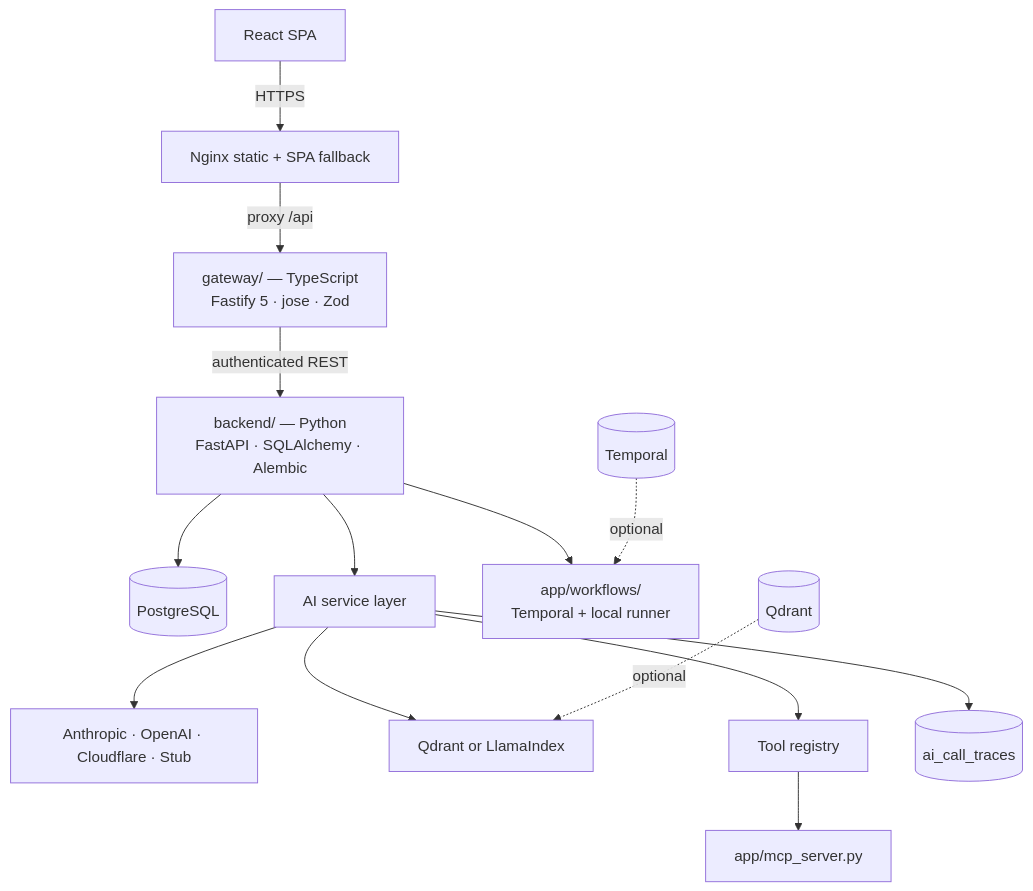
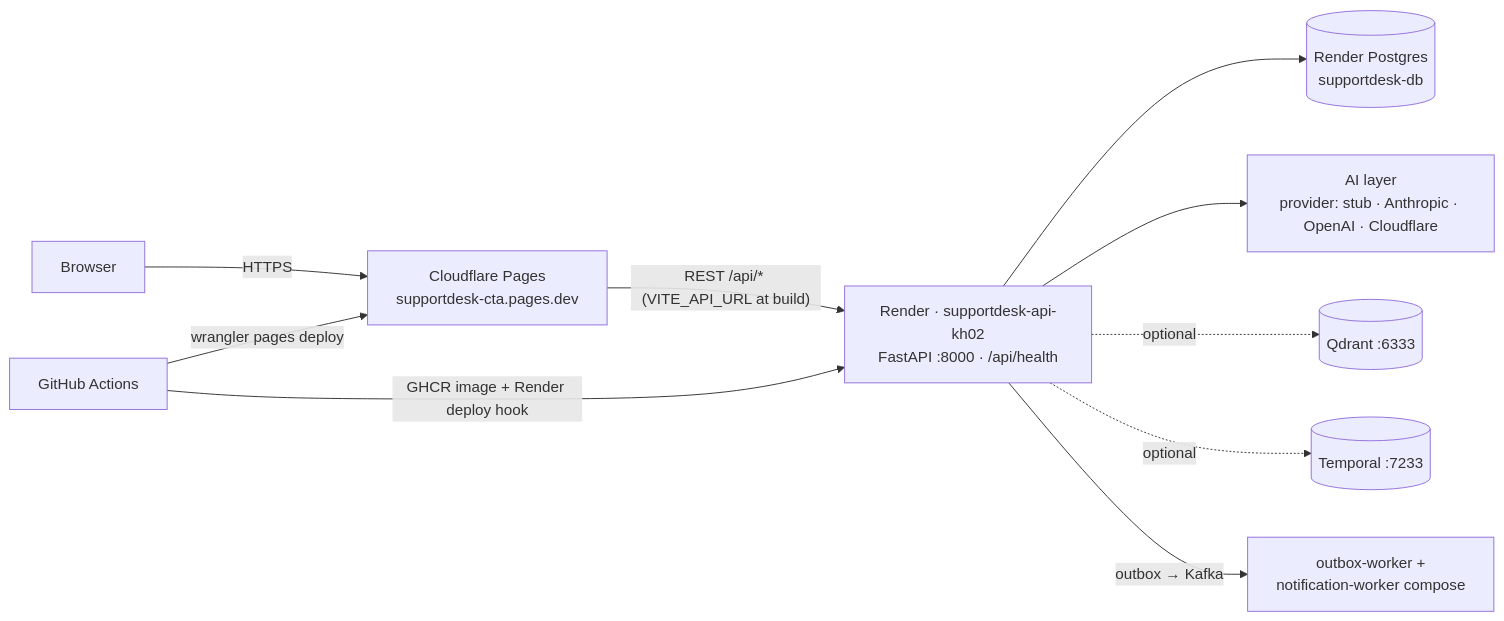
Before and after one commit to imtarget05/SupportDesk: the first of 5 diagrams in docs/ARCHITECTURE.md, drawn with Mermaid. The commit also changed other lines of this file and 19 other files, not shown here.

````diff
--- a/docs/ARCHITECTURE.md
+++ b/docs/ARCHITECTURE.md
@@ -8,19 +32,12 @@
 ```mermaid
-graph TD
-    Browser[React SPA] -->|HTTPS| Nginx[Nginx static + SPA fallback]
-    Nginx -->|proxy /api| GW[gateway/ — TypeScript<br/>Fastify 5 · jose · Zod]
-    GW -->|authenticated REST| API[backend/ — Python<br/>FastAPI · SQLAlchemy · Alembic]
-
-    API --> DB[(PostgreSQL)]
-    API --> AI[AI service layer]
-    AI --> Prov[Anthropic · OpenAI · Cloudflare · Stub]
-    AI --> Store[Qdrant or LlamaIndex]
-    AI --> Tools[Tool registry]
-    AI --> Trace[(ai_call_traces)]
-
-    Tools --> MCPS[app/mcp_server.py]
-    API --> WF[app/workflows/<br/>Temporal + local runner]
-
-    Qdrant[(Qdrant)] -.optional.-> Store
-    Temporal[(Temporal)] -.optional.-> WF
+flowchart LR
+    U[Browser] -->|HTTPS| CF[Cloudflare Pages<br/>supportdesk-cta.pages.dev]
+    CF -->|"REST /api/* (VITE_API_URL at build)"| GW["Render · supportdesk-api-kh02<br/>FastAPI :8000 · /api/health"]
+    GW --> PG[(Render Postgres<br/>supportdesk-db)]
+    GW --> AI["AI layer<br/>provider: stub · Anthropic · OpenAI · Cloudflare"]
+    GW -.optional.-> QD[(Qdrant :6333)]
+    GW -.optional.-> TM[(Temporal :7233)]
+    GW -->|outbox → Kafka| W[outbox-worker +<br/>notification-worker compose]
+    CI[GitHub Actions] -->|GHCR image + Render deploy hook| GW
+    CI -->|"wrangler pages deploy"| CF
 ```
````
